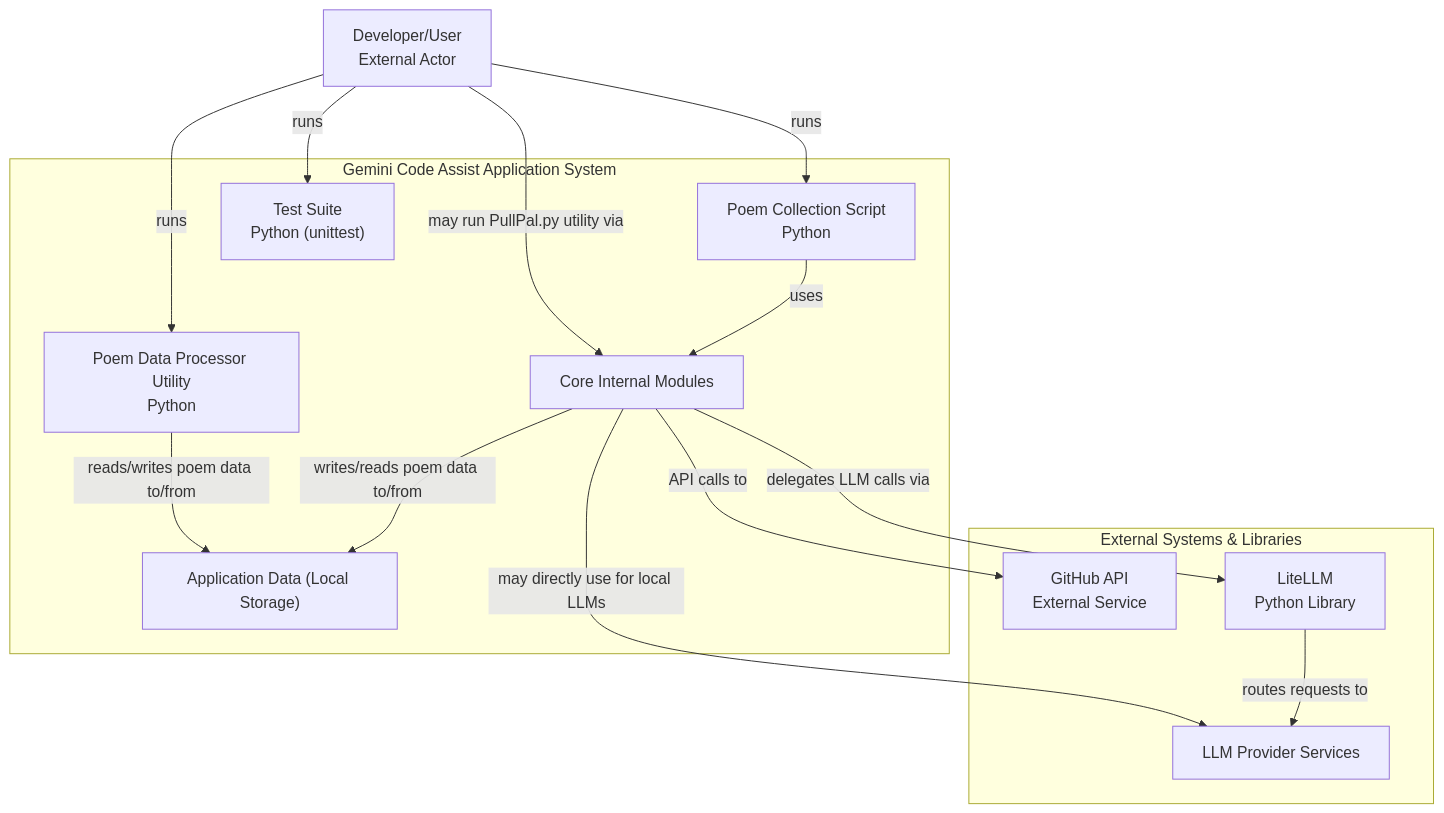
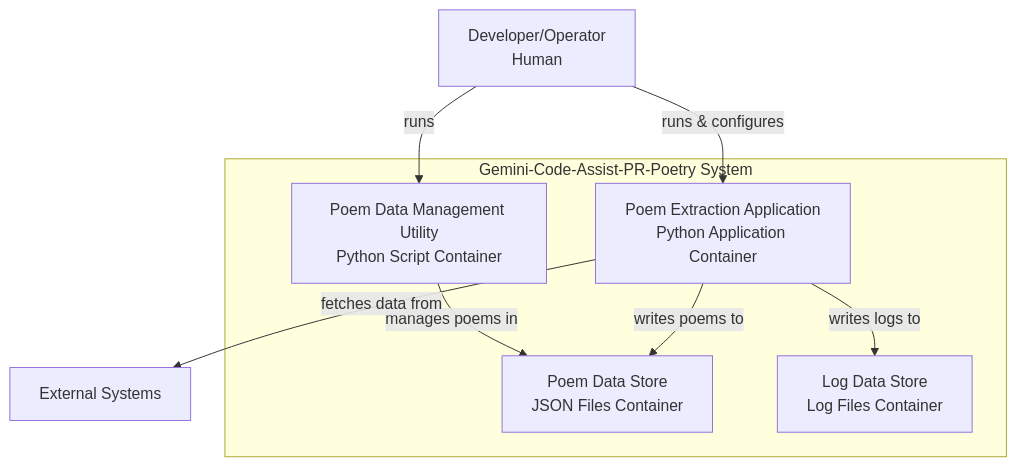
One commit to TheRealFREDP3D/Gemini-Code-Assist-PR-Poetry changed the diagram in docs/mermaid-diagrams/overview-min.md. Above: the diagram before and after it, drawn with Mermaid. The commit also changed 7 other files, not shown here.

````diff
--- a/docs/mermaid-diagrams/overview-min.md
+++ b/docs/mermaid-diagrams/overview-min.md
@@ -1,31 +1,20 @@
 ```mermaid
 graph TD
 
-    2561["Developer/User<br>External Actor"]
-    subgraph 2556["External Systems & Libraries"]
-        2557["LLM Provider Services"]
-        2572["GitHub API<br>External Service"]
-        2573["LiteLLM<br>Python Library"]
+    1007["External Systems"]
+    1011["Developer/Operator<br>Human"]
+    subgraph 1008["Gemini-Code-Assist-PR-Poetry System"]
+        1009["Poem Extraction Application<br>Python Application Container"]
+        1019["Poem Data Store<br>JSON Files Container"]
+        1020["Log Data Store<br>Log Files Container"]
+        1021["Poem Data Management Utility<br>Python Script Container"]
         %% Edges at this level (grouped by source)
-        2573["LiteLLM<br>Python Library"] -->|routes requests to| 2557["LLM Provider Services"]
-    end
-    subgraph 2558["Gemini Code Assist Application System"]
-        2559["Application Data (Local Storage)"]
-        2560["Core Internal Modules"]
-        2562["Poem Collection Script<br>Python"]
-        2563["Poem Data Processor Utility<br>Python"]
-        2571["Test Suite<br>Python (unittest)"]
-        %% Edges at this level (grouped by source)
-        2560["Core Internal Modules"] -->|writes/reads poem data to/from| 2559["Application Data (Local Storage)"]
-        2563["Poem Data Processor Utility<br>Python"] -->|reads/writes poem data to/from| 2559["Application Data (Local Storage)"]
-        2562["Poem Collection Script<br>Python"] -->|uses| 2560["Core Internal Modules"]
+        1021["Poem Data Management Utility<br>Python Script Container"] -->|manages poems in| 1019["Poem Data Store<br>JSON Files Container"]
+        1009["Poem Extraction Application<br>Python Application Container"] -->|writes poems to| 1019["Poem Data Store<br>JSON Files Container"]
+        1009["Poem Extraction Application<br>Python Application Container"] -->|writes logs to| 1020["Log Data Store<br>Log Files Container"]
     end
     %% Edges at this level (grouped by source)
-    2561["Developer/User<br>External Actor"] -->|runs| 2562["Poem Collection Script<br>Python"]
-    2561["Developer/User<br>External Actor"] -->|runs| 2563["Poem Data Processor Utility<br>Python"]
-    2561["Developer/User<br>External Actor"] -->|runs| 2571["Test Suite<br>Python (unittest)"]
-    2561["Developer/User<br>External Actor"] -->|may run PullPal.py utility via| 2560["Core Internal Modules"]
-    2560["Core Internal Modules"] -->|may directly use for local LLMs| 2557["LLM Provider Services"]
-    2560["Core Internal Modules"] -->|API calls to| 2572["GitHub API<br>External Service"]
-    2560["Core Internal Modules"] -->|delegates LLM calls via| 2573["LiteLLM<br>Python Library"]
+    1011["Developer/Operator<br>Human"] -->|runs & configures| 1009["Poem Extraction Application<br>Python Application Container"]
+    1011["Developer/Operator<br>Human"] -->|runs| 1021["Poem Data Management Utility<br>Python Script Container"]
+    1009["Poem Extraction Application<br>Python Application Container"] -->|fetches data from| 1007["External Systems"]
 ```
````
